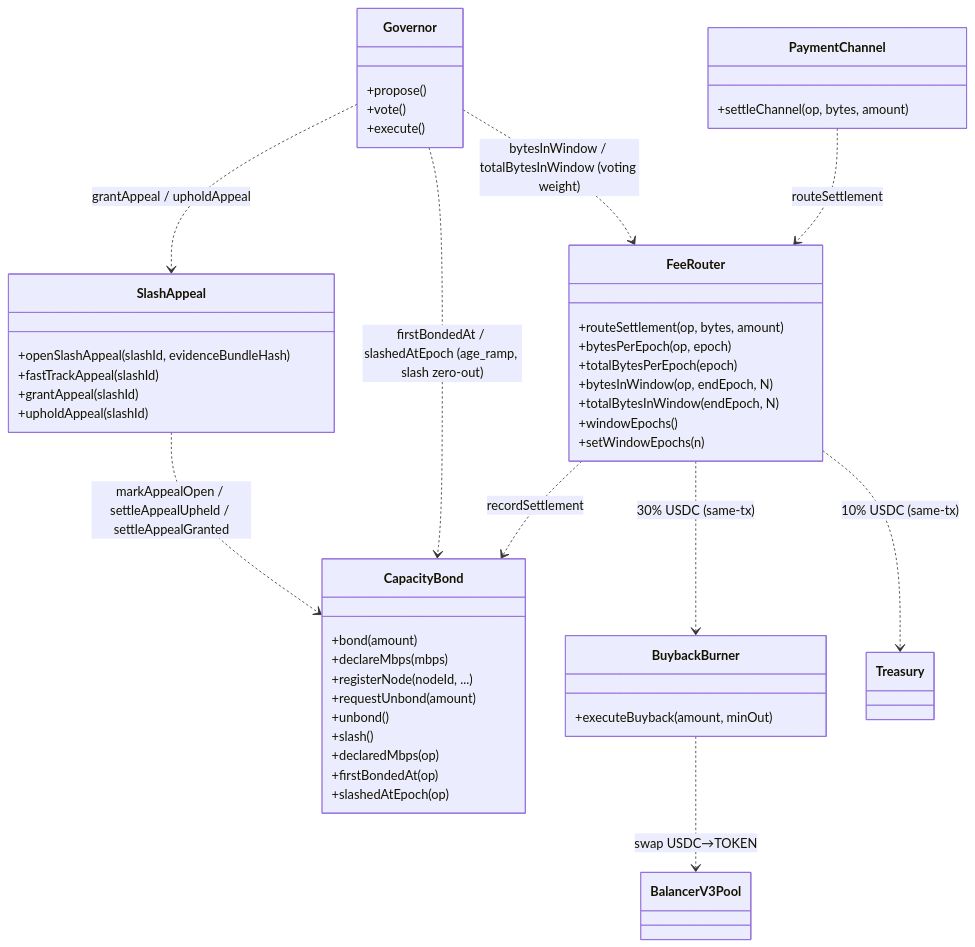
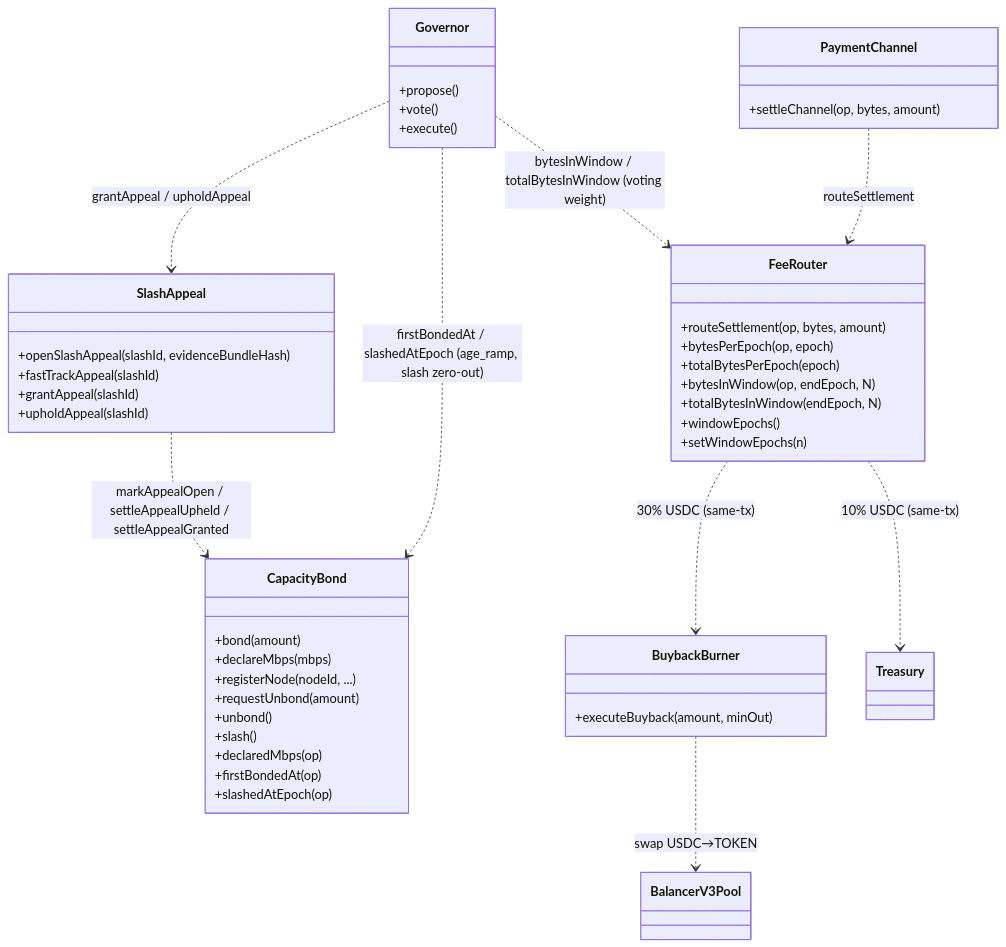
Before and after one commit to decdn/decdn: the first of 5 diagrams in adr/016-contract-interactions.md, drawn with Mermaid. The commit also changed other lines of this file and 70 other files, not shown here.

````diff
--- a/adr/016-contract-interactions.md
+++ b/adr/016-contract-interactions.md
@@ -39,52 +39,51 @@
 ```mermaid
 classDiagram
     class PaymentChannel {
         +settleChannel(op, bytes, amount)
     }
     class FeeRouter {
         +routeSettlement(op, bytes, amount)
         +bytesPerEpoch(op, epoch)
         +totalBytesPerEpoch(epoch)
         +bytesInWindow(op, endEpoch, N)
         +totalBytesInWindow(endEpoch, N)
         +windowEpochs()
         +setWindowEpochs(n)
     }
     class CapacityBond {
         +bond(amount)
         +declareMbps(mbps)
         +registerNode(nodeId, ...)
         +requestUnbond(amount)
         +unbond()
         +slash()
         +declaredMbps(op)
         +firstBondedAt(op)
         +slashedAtEpoch(op)
     }
     class BuybackBurner {
         +executeBuyback(amount, minOut)
     }
     class SlashAppeal {
         +openSlashAppeal(slashId, evidenceBundleHash)
         +fastTrackAppeal(slashId)
         +grantAppeal(slashId)
         +upholdAppeal(slashId)
     }
     class Governor {
         +propose()
         +vote()
         +execute()
     }
     class Treasury
     class BalancerV3Pool
 
     PaymentChannel ..> FeeRouter : routeSettlement
     FeeRouter ..> BuybackBurner : 30% USDC (same-tx)
     FeeRouter ..> Treasury : 10% USDC (same-tx)
-    FeeRouter ..> CapacityBond : recordSettlement
     BuybackBurner ..> BalancerV3Pool : swap USDC→TOKEN
     Governor ..> FeeRouter : bytesInWindow / totalBytesInWindow (voting weight)
     Governor ..> CapacityBond : firstBondedAt / slashedAtEpoch (age_ramp, slash zero-out)
     SlashAppeal ..> CapacityBond : markAppealOpen / settleAppealUpheld / settleAppealGranted
     Governor ..> SlashAppeal : grantAppeal / upholdAppeal
 ```
````
